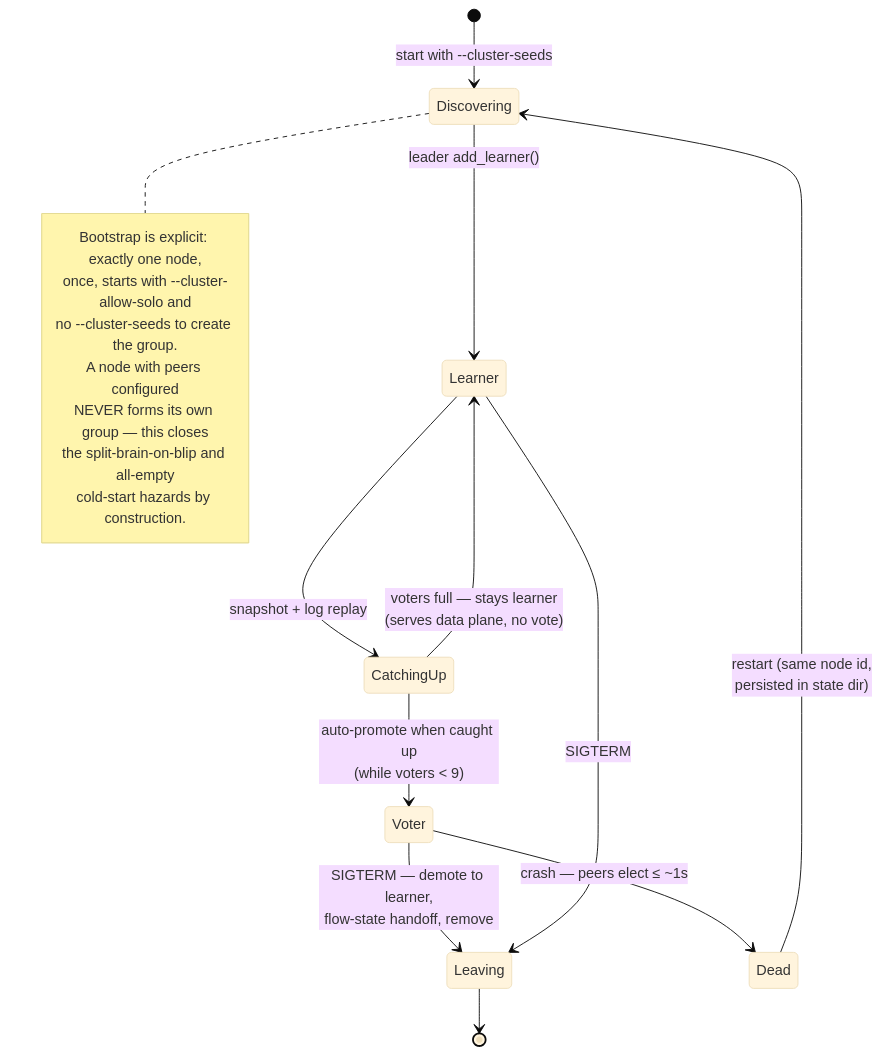
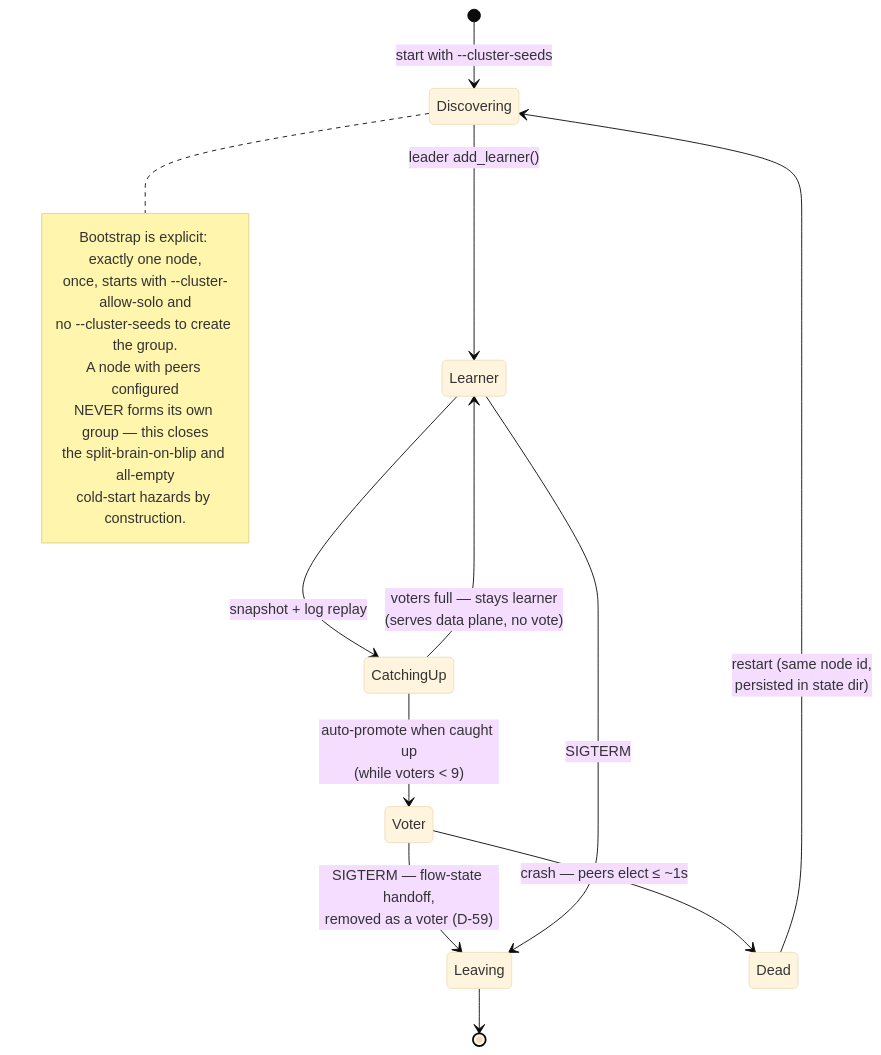
The second of 2 diagrams in docs/architecture/03-control-plane.md (achird-labs/rift-cluster), drawn with Mermaid (base theme) before and after one commit. The commit also changed 6 other files, not shown here.

First line of the commit message:
fix(raft): a departing voter is never a learner, so the promotion sweep cannot re-promote it (D-59)

````diff
--- a/docs/architecture/03-control-plane.md
+++ b/docs/architecture/03-control-plane.md
@@ -127,23 +127,23 @@
 ```mermaid
 stateDiagram-v2
     [*] --> Discovering : start with --cluster-seeds
     Discovering --> Learner : leader add_learner()
     Learner --> CatchingUp : snapshot + log replay
     CatchingUp --> Voter : auto-promote when caught up<br/>(while voters < 9)
     CatchingUp --> Learner : voters full — stays learner<br/>(serves data plane, no vote)
-    Voter --> Leaving : SIGTERM — demote to learner,<br/>flow-state handoff, remove
+    Voter --> Leaving : SIGTERM — flow-state handoff,<br/>removed as a voter (D-59)
     Learner --> Leaving : SIGTERM
     Leaving --> [*]
     Voter --> Dead : crash — peers elect ≤ ~1s
     Dead --> Discovering : restart (same node id,<br/>persisted in state dir)
 
     note right of Discovering
         Bootstrap is explicit: exactly one node,
         once, starts with --cluster-allow-solo and
         no --cluster-seeds to create the group.
         A node with peers configured
         NEVER forms its own group — this closes
         the split-brain-on-blip and all-empty
         cold-start hazards by construction.
     end note
 ```
````
